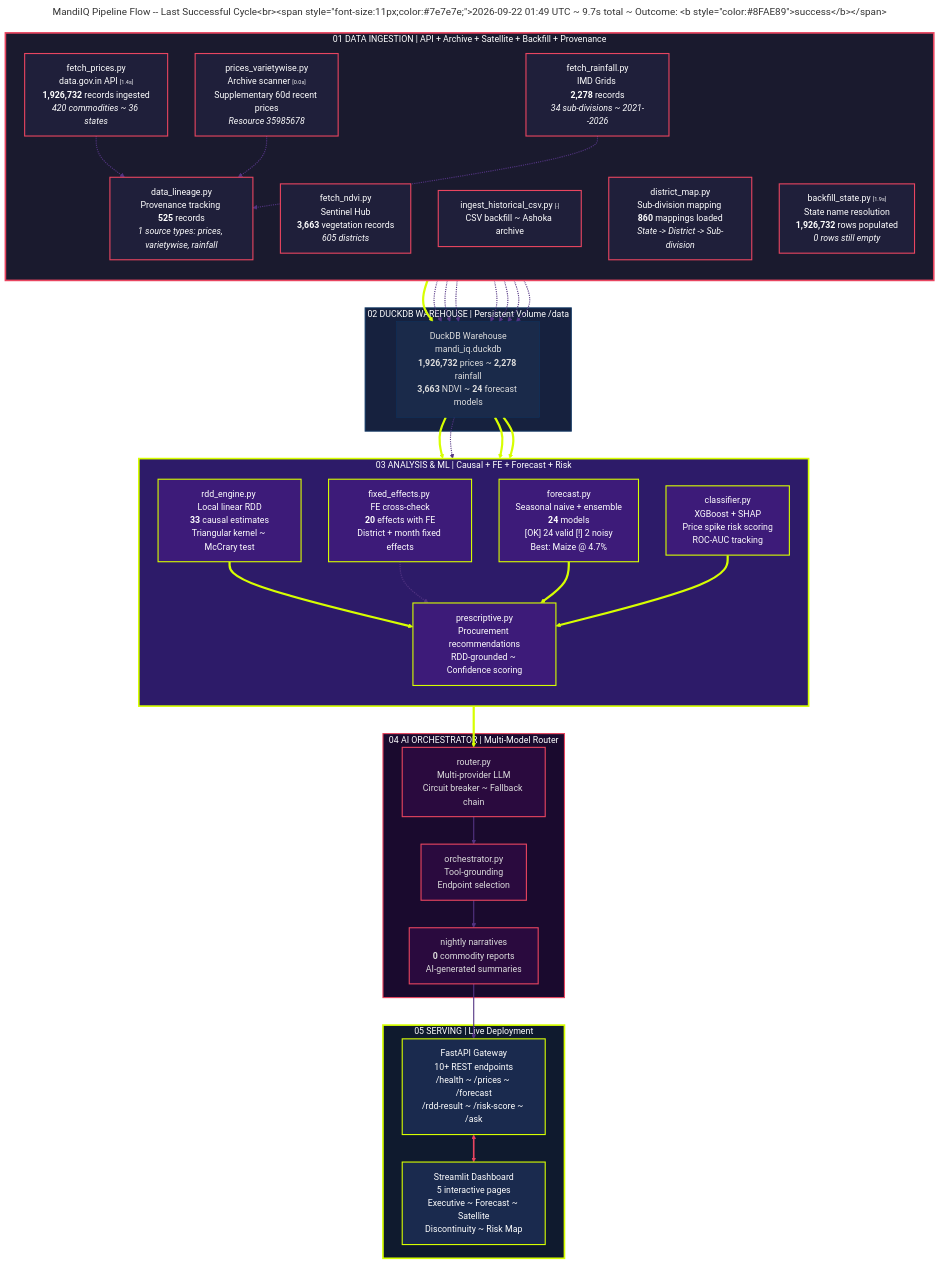
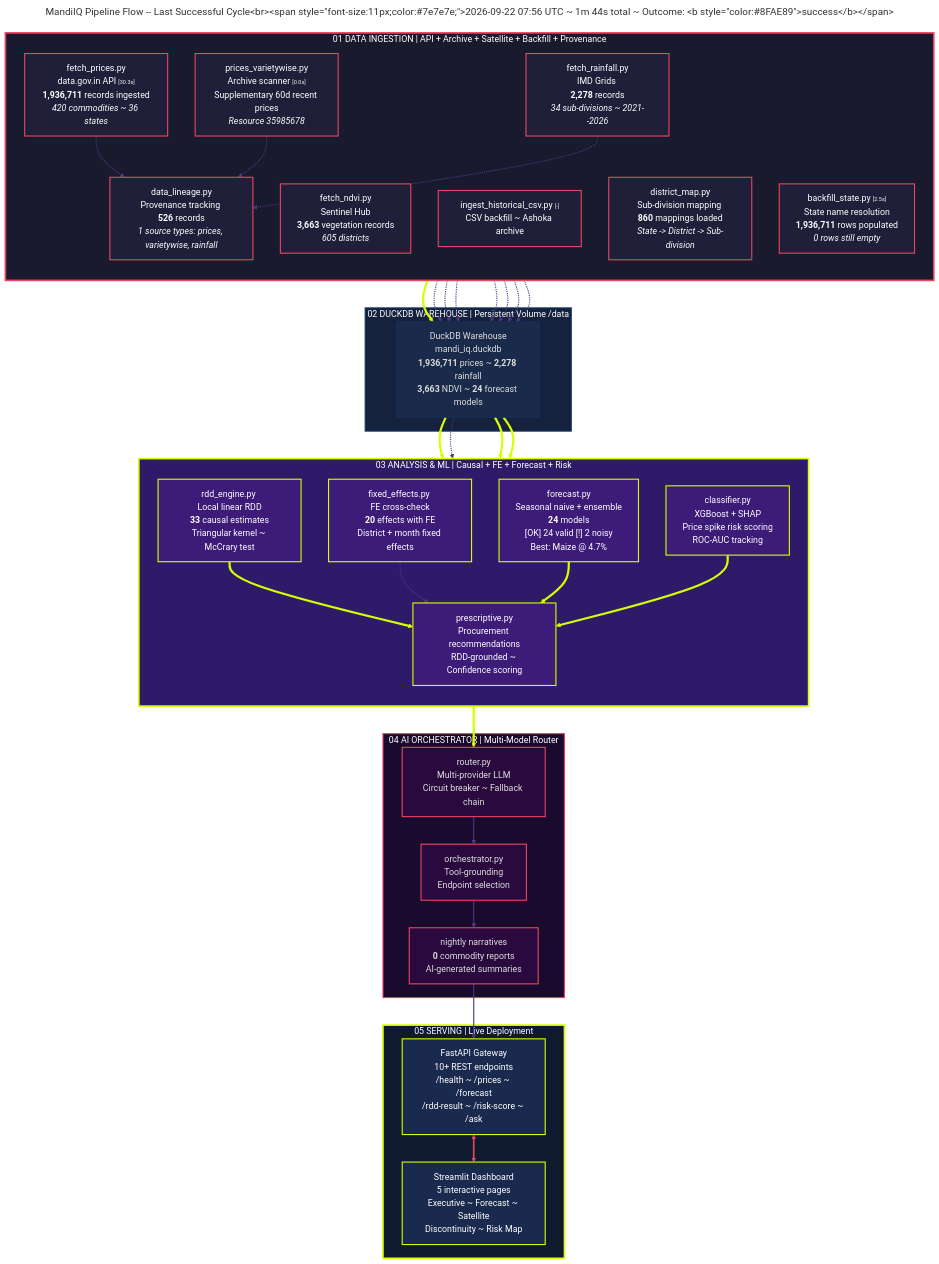
One commit to flawsom/test-mandi changed the diagram in diagrams/pipeline-flow-live.mmd. Above: the diagram before and after it, drawn with Mermaid. The commit also changed 6 other files, not shown here.

```diff
--- a/diagrams/pipeline-flow-live.mmd
+++ b/diagrams/pipeline-flow-live.mmd
@@ -1,139 +1,139 @@
 ---
-title: "MandiIQ Pipeline Flow -- Last Successful Cycle<br/><span style='font-size:11px;color:#7e7e7e;'>2026-09-22 01:49 UTC ~ 9.7s total ~ Outcome: <b style='color:#8FAE89'>success</b></span>"
+title: "MandiIQ Pipeline Flow -- Last Successful Cycle<br/><span style='font-size:11px;color:#7e7e7e;'>2026-09-22 07:56 UTC ~ 1m 44s total ~ Outcome: <b style='color:#8FAE89'>success</b></span>"
 ---
 %%{init: {
   "theme": "dark",
   "themeVariables": {
     "primaryColor": "#1a1a2e",
     "primaryTextColor": "#ffffff",
     "primaryBorderColor": "#d7ff00",
     "lineColor": "#d7ff00",
     "secondaryColor": "#16213e",
     "tertiaryColor": "#0f3460",
     "mainBkg": "#0d0d1a",
     "nodeBorder": "#533483",
     "clusterBkg": "#0a0a12",
     "clusterBorder": "#2a2a4a",
     "titleColor": "#d7ff00",
     "edgeLabelBackground": "#0d0d1a",
     "nodeTextColor": "#ffffff",
     "fontFamily": "\"Space Grotesk\", \"Inter\", sans-serif"
   },
   "flowchart": {
     "useMaxWidth": true,
     "htmlLabels": true,
     "curve": "basis",
     "padding": 20
   }
 }%%
 flowchart TD
     %% Stage 1: DATA INGESTION
     subgraph S1["01 DATA INGESTION  | API + Archive + Satellite + Backfill + Provenance"]
         direction TB
-        A1["fetch_prices.py<br/>data.gov.in API <span style='color:#7e7e7e;font-size:10px;'>[1.4s]</span><br/><b>1,926,732</b> records ingested<br/><i>420 commodities ~ 36 states</i>"]
+        A1["fetch_prices.py<br/>data.gov.in API <span style='color:#7e7e7e;font-size:10px;'>[30.3s]</span><br/><b>1,936,711</b> records ingested<br/><i>420 commodities ~ 36 states</i>"]
         A2["prices_varietywise.py<br/>Archive scanner <span style='color:#7e7e7e;font-size:10px;'>[0.0s]</span><br/>Supplementary 60d recent prices<br/><i>Resource 35985678</i>"]
         A3["fetch_rainfall.py<br/>IMD Grids <br/><b>2,278</b> records<br/><i>34 sub-divisions ~ 2021--2026</i>"]
         A4["fetch_ndvi.py<br/>Sentinel Hub <br/><b>3,663</b> vegetation records<br/><i>605 districts</i>"]
         A5["ingest_historical_csv.py <span style='color:#7e7e7e;font-size:10px;'>[-]</span><br/>CSV backfill ~ Ashoka archive"]
         A6["district_map.py<br/>Sub-division mapping <br/><b>860</b> mappings loaded<br/><i>State -> District -> Sub-division</i>"]
-        A7["backfill_state.py <span style='color:#7e7e7e;font-size:10px;'>[1.9s]</span><br/>State name resolution<br/><b>1,926,732</b> rows populated<br/><i>0 rows still empty</i>"]
-        A8["data_lineage.py<br/>Provenance tracking <br/><b>525</b> records<br/><i>1 source types: prices, varietywise, rainfall</i>"]
+        A7["backfill_state.py <span style='color:#7e7e7e;font-size:10px;'>[2.5s]</span><br/>State name resolution<br/><b>1,936,711</b> rows populated<br/><i>0 rows still empty</i>"]
+        A8["data_lineage.py<br/>Provenance tracking <br/><b>526</b> records<br/><i>1 source types: prices, varietywise, rainfall</i>"]
     end
 
     %% Stage 2: DUCKDB WAREHOUSE
     subgraph S2["02 DUCKDB WAREHOUSE  | Persistent Volume /data"]
-        B1["DuckDB Warehouse<br/>mandi_iq.duckdb<br/><b>1,926,732</b> prices ~ <b>2,278</b> rainfall<br/><b>3,663</b> NDVI ~ <b>24</b> forecast models"]
+        B1["DuckDB Warehouse<br/>mandi_iq.duckdb<br/><b>1,936,711</b> prices ~ <b>2,278</b> rainfall<br/><b>3,663</b> NDVI ~ <b>24</b> forecast models"]
     end
 
     %% Stage 3: ANALYSIS & ML
     subgraph S3["03 ANALYSIS & ML  | Causal + FE + Forecast + Risk"]
         direction TB
         C1["rdd_engine.py <br/>Local linear RDD<br/><b>33</b> causal estimates<br/>Triangular kernel ~ McCrary test"]
         C2["fixed_effects.py <br/>FE cross-check<br/><b>20</b> effects with FE<br/>District + month fixed effects"]
         C3["forecast.py <br/>Seasonal naive + ensemble<br/><b>24</b> models<br/><span style='color:#8FAE89'>[OK] 24 valid</span> <span style='color:#D9663B'>[!] 2 noisy</span><br/>Best: Maize @ 4.7%"]
         C4["classifier.py <br/>XGBoost + SHAP<br/>Price spike risk scoring<br/>ROC-AUC tracking"]
         C5["prescriptive.py<br/>Procurement recommendations<br/>RDD-grounded ~ Confidence scoring"]
     end
 
     %% Stage 4: AI ORCHESTRATOR
     subgraph S4["04 AI ORCHESTRATOR  | Multi-Model Router"]
         D1["router.py<br/>Multi-provider LLM<br/>Circuit breaker ~ Fallback chain"]
         D2["orchestrator.py<br/>Tool-grounding<br/>Endpoint selection"]
         D3["nightly narratives<br/><b>0</b> commodity reports<br/>AI-generated summaries"]
     end
 
     %% Stage 5: SERVING
     subgraph S5["05 SERVING  | Live Deployment"]
         E1["FastAPI Gateway<br/>10+ REST endpoints<br/>/health ~ /prices ~ /forecast<br/>/rdd-result ~ /risk-score ~ /ask"]
         E2["Streamlit Dashboard<br/>5 interactive pages<br/>Executive ~ Forecast ~ Satellite<br/>Discontinuity ~ Risk Map"]
     end
 
     %% Main flow: ingestion -> warehouse
     A1 ==> B1
     A2 -.-> B1
     A3 -.-> B1
     A4 -.-> B1
     A5 -.-> B1
     A6 -.-> B1
     A7 -.-> B1
 
     %% Main flow: ingestion -> provenance tracking
     A1 -.-> A8
     A2 -.-> A8
     A3 -.-> A8
     A8 -.-> B1
 
     %% Main flow: warehouse -> analysis
     B1 ==> C1
     B1 -.-> C2
     B1 ==> C3
     B1 ==> C4
 
     %% Main flow: analysis -> prescriptive -> AI
     C1 ==> C5
     C2 -.-> C5
     C3 ==> C5
     C4 ==> C5
 
     C5 ==> D1
     D1 ==> D2
     D2 ==> D3
     D3 ==> E1
 
     E1 <==> E2
 
     %% Edge styling: thick = primary path
     linkStyle 0,11,13,14,15,17,18,19 stroke-width:4px,stroke:#d7ff00,fill:none
     linkStyle 1,2,3,4,5,6,7,8,9,10,12,16,20,21,22 stroke-width:2px,stroke:#533483,fill:none
     linkStyle 23 stroke-width:3px,stroke:#e94560,fill:none
 
     %% Stage classes
     classDef stage1 fill:#1a1a2e,stroke:#e94560,stroke-width:3px,color:#fff
     classDef stage1Node fill:#1f1f3a,stroke:#e94560,stroke-width:2px,color:#fff
 
     classDef stage2 fill:#16213e,stroke:#0f3460,stroke-width:2px,color:#fff
     classDef stage2Node fill:#1a2a4a,stroke:#0f3460,stroke-width:1px,color:#ddd
 
     classDef stage3 fill:#2d1b69,stroke:#d7ff00,stroke-width:3px,color:#fff
     classDef stage3Node fill:#3d1b79,stroke:#d7ff00,stroke-width:2px,color:#fff
 
     classDef stage4 fill:#1a0a2e,stroke:#e94560,stroke-width:2px,color:#fff
     classDef stage4Node fill:#2a0a3e,stroke:#e94560,stroke-width:2px,color:#ddd
 
     classDef stage5 fill:#0f1a2e,stroke:#d7ff00,stroke-width:3px,color:#fff
     classDef stage5Node fill:#1a2a4e,stroke:#d7ff00,stroke-width:2px,color:#fff
 
     class S1 stage1
     class A1,A2,A3,A4,A5,A6,A7,A8 stage1Node
 
     class S2 stage2
     class B1 stage2Node
 
     class S3 stage3
     class C1,C2,C3,C4,C5 stage3Node
 
     class S4 stage4
     class D1,D2,D3 stage4Node
 
     class S5 stage5
     class E1,E2 stage5Node
```
